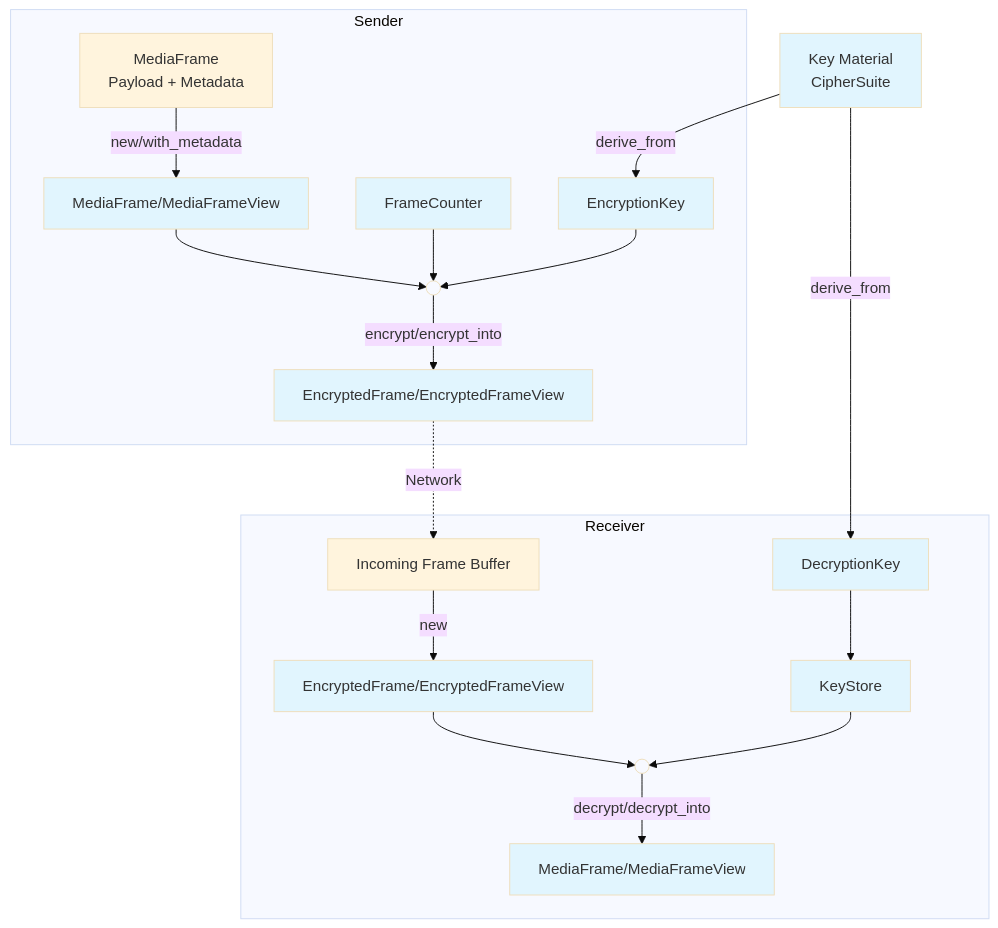
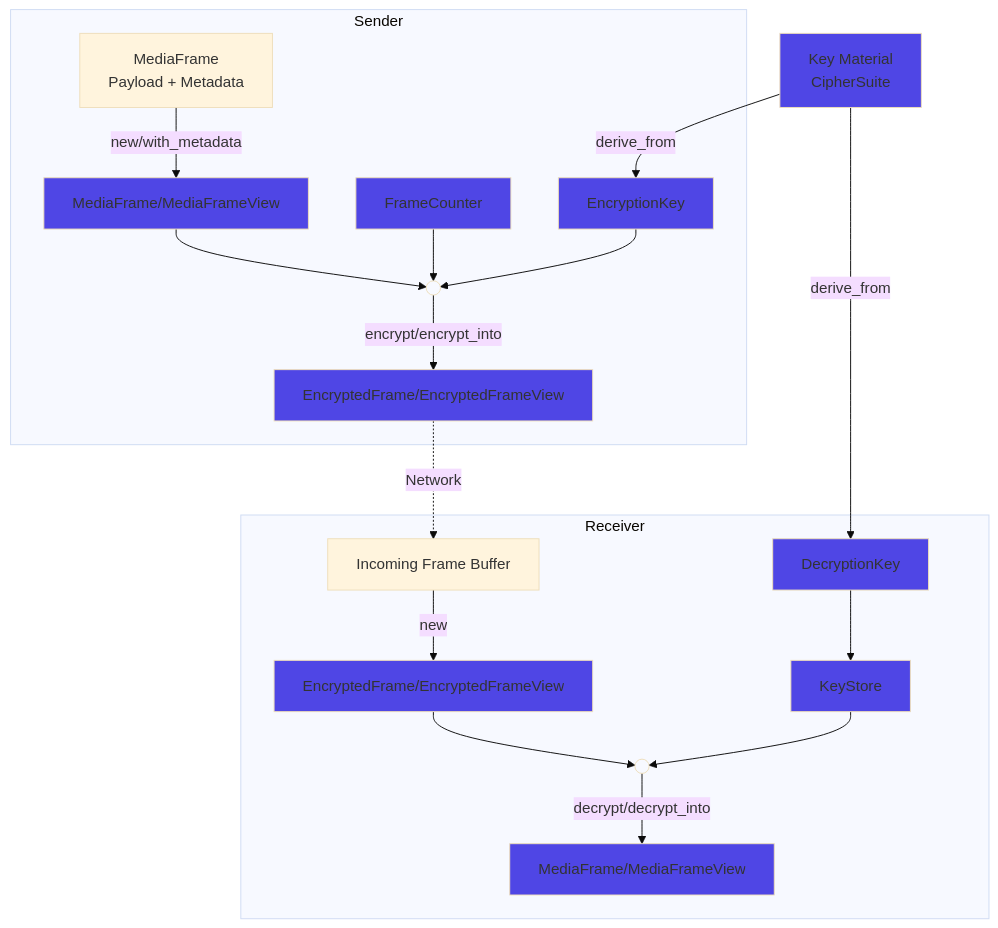
One commit to TobTheRock/sframe-rs changed the diagram in README.md. Above: the diagram before and after it, drawn with Mermaid (base theme).

Commit message:
docs: change mermaid block colour to indigo

````diff
--- a/README.md
+++ b/README.md
@@ -55,36 +55,36 @@
 ```mermaid
 flowchart TD
     subgraph Sender
         A[MediaFrame<br/>Payload + Metadata] -->|new/with_metadata| B[MediaFrame/MediaFrameView]
         B --> EncryptJunction(( ))
         EncryptJunction -->|encrypt/encrypt_into| C[EncryptedFrame/EncryptedFrameView]
         FC[FrameCounter] --> EncryptJunction
         EK[EncryptionKey] --> EncryptJunction
     end
     
     Shared[Key Material<br/>CipherSuite]
     Shared -->|derive_from| EK
     Shared -->|derive_from| DK
     
     subgraph Receiver
         D[Incoming Frame Buffer] -->|new| E[EncryptedFrame/EncryptedFrameView]
         E --> DecryptJunction(( ))
         DecryptJunction -->|decrypt/decrypt_into| F[MediaFrame/MediaFrameView]
         DK[DecryptionKey] --> KS[KeyStore]
         KS --> DecryptJunction
     end
     
     C -.->|Network| D
     
-    style Shared fill:#e1f5fe
-    style B fill:#e1f5fe
-    style C fill:#e1f5fe
-    style E fill:#e1f5fe
-    style F fill:#e1f5fe
-    style EK fill:#e1f5fe
-    style DK fill:#e1f5fe
-    style FC fill:#e1f5fe
-    style KS fill:#e1f5fe
+    style Shared fill:#4f46e5
+    style B fill:#4f46e5
+    style C fill:#4f46e5
+    style E fill:#4f46e5
+    style F fill:#4f46e5
+    style EK fill:#4f46e5
+    style DK fill:#4f46e5
+    style FC fill:#4f46e5
+    style KS fill:#4f46e5
     style EncryptJunction fill:transparent
     style DecryptJunction fill:transparent
 ```
````
